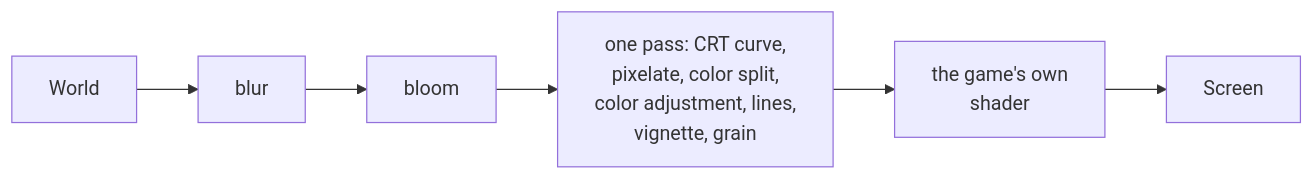
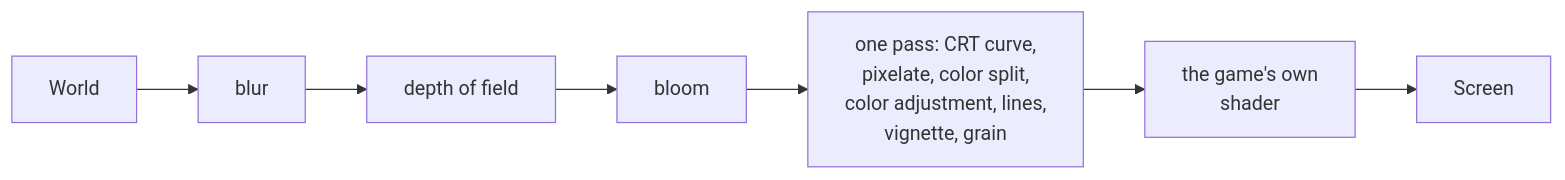
Before and after one commit to tptindev/njin: the second of 2 diagrams in docs/pages_en/post_processing.md, drawn with Mermaid. The commit also changed other lines of this file and 23 other files, not shown here.

First line of the commit message:
Culling, LOD and depth of field for 3D models

````diff
--- a/docs/pages_en/post_processing.md
+++ b/docs/pages_en/post_processing.md
@@ -103,4 +129,4 @@
 ```mermaid
 flowchart LR
-  A[World]:::render --> B[blur]:::engine --> C[bloom]:::engine --> D["one pass: CRT curve,<br/>pixelate, color split,<br/>color adjustment, lines,<br/>vignette, grain"]:::engine --> E[the game's own<br/>shader]:::render --> F[Screen]:::once
+  A[World]:::render --> B[blur]:::engine --> B2[depth of field]:::engine --> C[bloom]:::engine --> D["one pass: CRT curve,<br/>pixelate, color split,<br/>color adjustment, lines,<br/>vignette, grain"]:::engine --> E[the game's own<br/>shader]:::render --> F[Screen]:::once
 ```
````
